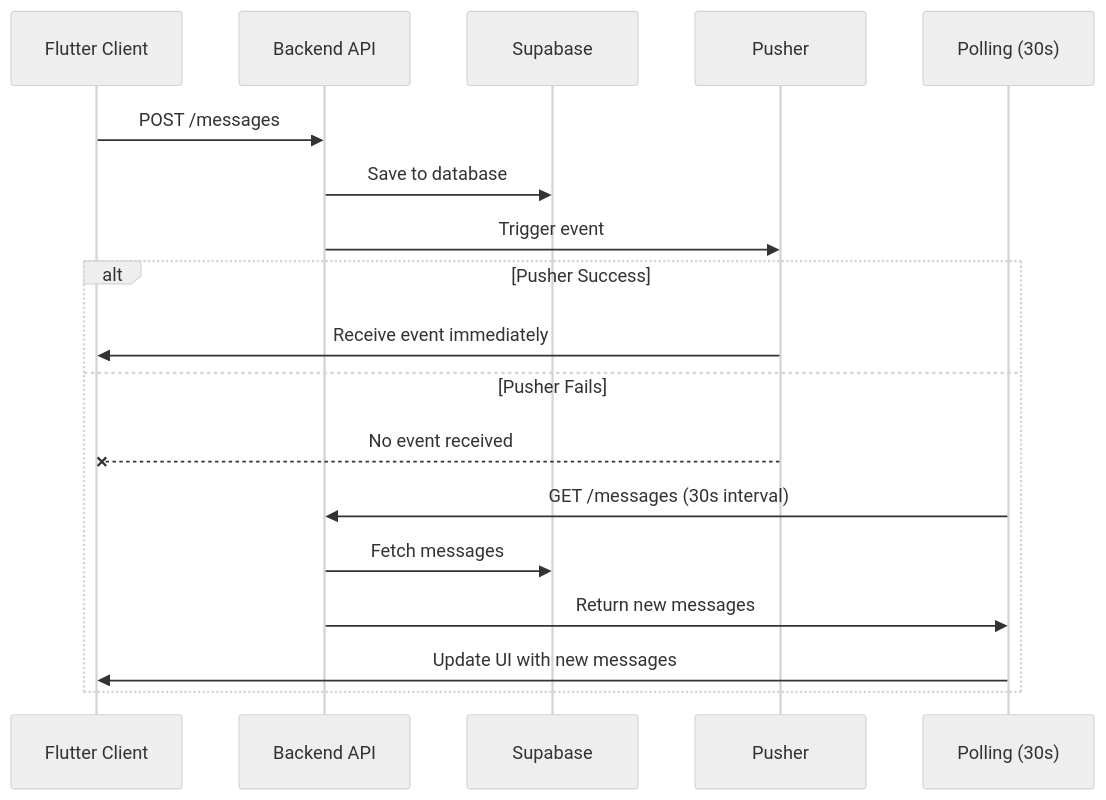
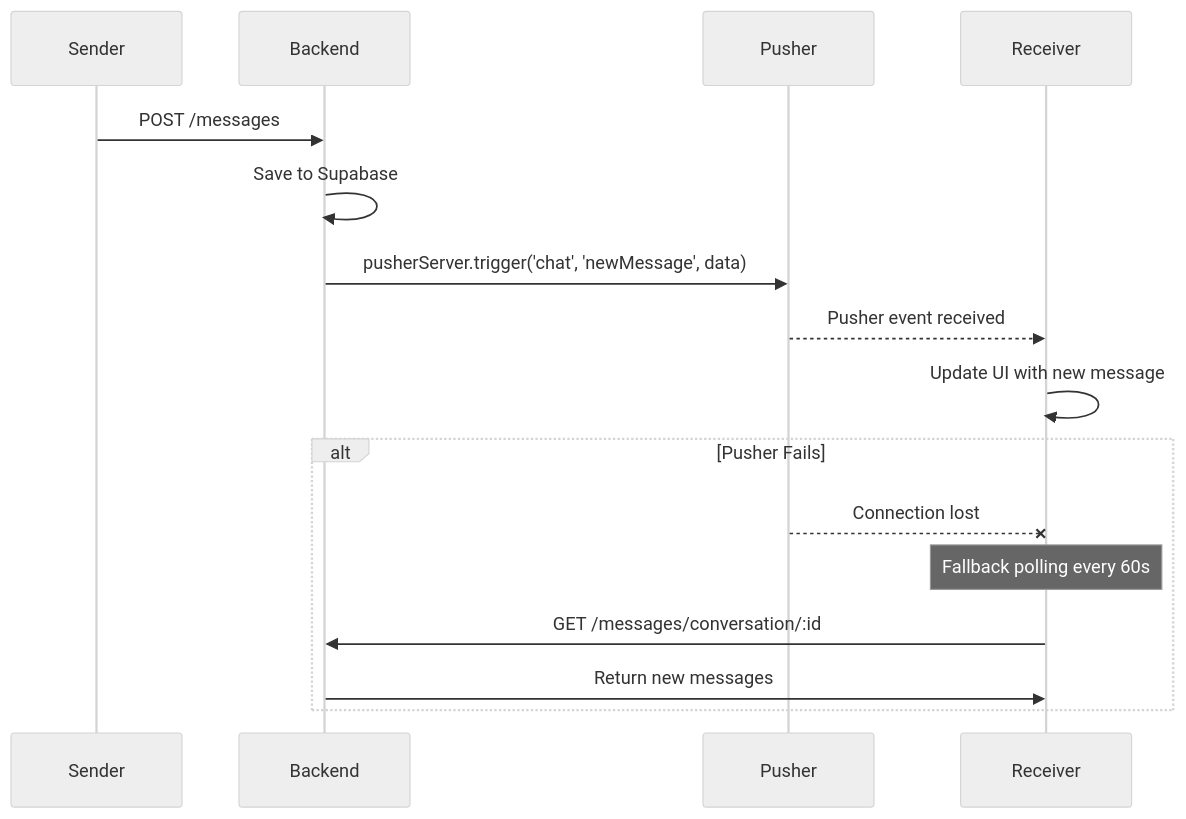
The second of 3 diagrams in README.md (mvadly/api-mvchat), drawn with Mermaid (neutral theme) before and after one commit. The commit also changed other lines of this file and 4 other files, not shown here.

````diff
--- a/README.md
+++ b/README.md
@@ -189,22 +127,20 @@
 ```mermaid
 sequenceDiagram
-    participant F as Flutter Client
-    participant B as Backend API
-    participant S as Supabase
+    participant S as Sender
+    participant B as Backend
     participant P as Pusher
-    participant Poll as Polling (30s)
+    participant R as Receiver
 
-    F->>B: POST /messages
-    B->>S: Save to database
-    B->>P: Trigger event
+    S->>B: POST /messages
+    B->>B: Save to Supabase
+    B->>P: pusherServer.trigger('chat', 'newMessage', data)
+    P-->>R: Pusher event received
+    R->>R: Update UI with new message
 
-    alt Pusher Success
-        P->>F: Receive event immediately
-    else Pusher Fails
-        P--x F: No event received
-        Poll->>B: GET /messages (30s interval)
-        B->>S: Fetch messages
-        B->>Poll: Return new messages
-        Poll->>F: Update UI with new messages
+    alt Pusher Fails
+        P--xR: Connection lost
+        Note over R: Fallback polling every 60s
+        R->>B: GET /messages/conversation/:id
+        B->>R: Return new messages
     end
 ```
````
